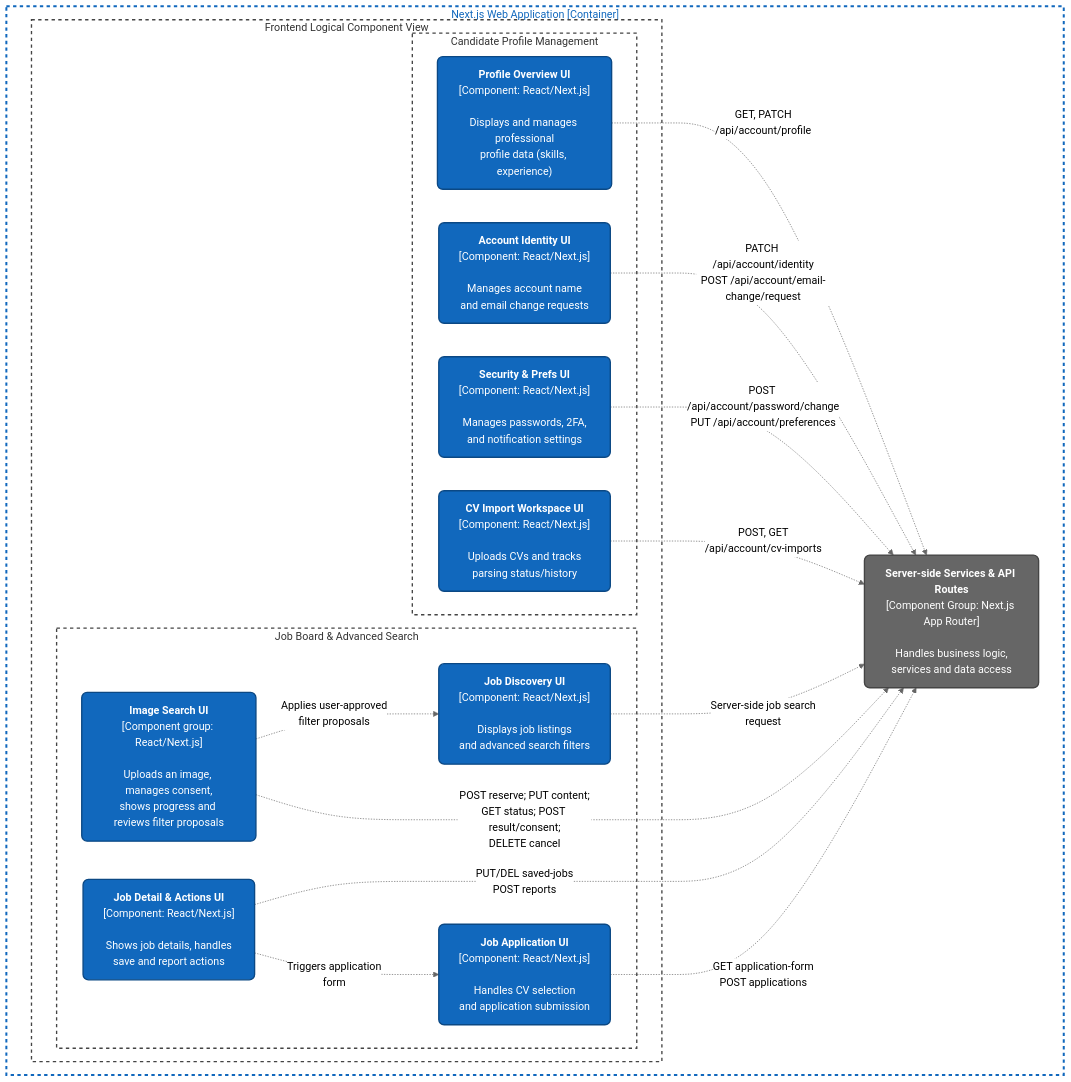
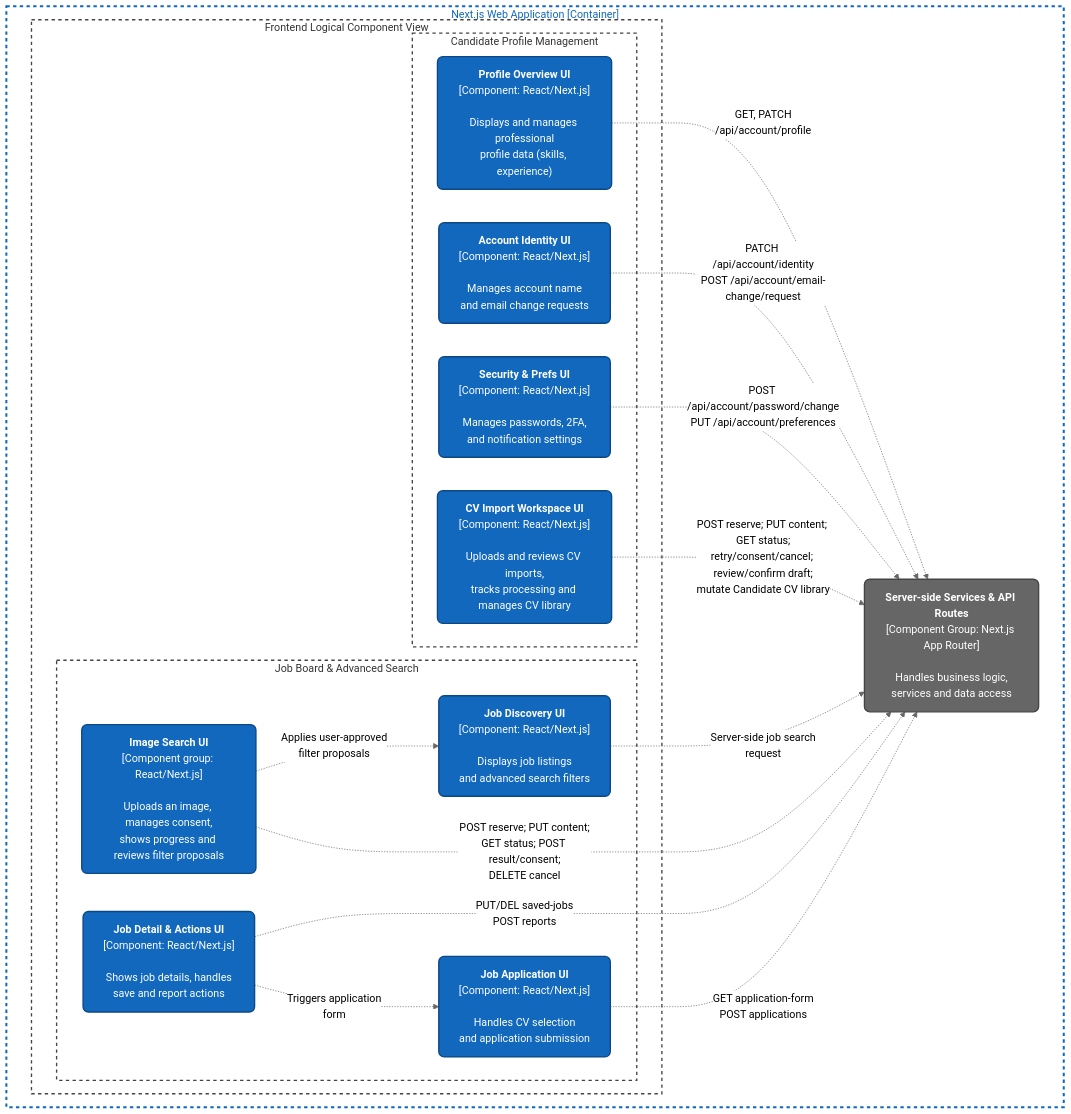
One commit to quocuy0112/Software-Engineering---Group-9 changed the diagram in docs/diagrams/container component diagrams/Frontend_Component.md. Above: the diagram before and after it, drawn with Mermaid (neutral theme). The commit also changed other lines of this file and 3 other files, not shown here.

Commit message:
docs: align C4 diagrams with current implementation

````diff
--- a/docs/diagrams/container component diagrams/Frontend_Component.md
+++ b/docs/diagrams/container component diagrams/Frontend_Component.md
@@ -9,52 +9,52 @@
 ```mermaid
 flowchart TD
     %% Styling
     classDef component fill:#1168bd,stroke:#0b4884,stroke-width:2px,color:#fff,rx:8px,ry:8px
     classDef backend fill:#666666,stroke:#444444,stroke-width:2px,color:#fff,rx:8px,ry:8px
     classDef boundary fill:none,stroke:#444,stroke-width:2px,stroke-dasharray: 5 5,color:#333
     classDef containerBoundary fill:none,stroke:#1168bd,stroke-width:3px,stroke-dasharray: 5 5,color:#1168bd
 
     %% Next.js Web Application Container Boundary
     subgraph Container_Frontend ["Next.js Web Application [Container]"]
         subgraph Frontend_View ["Frontend Logical Component View"]
             %% Candidate Profile Management Boundary
             subgraph Boundary_Profile ["Candidate Profile Management"]
                 C_Profile["<b>Profile Overview UI</b><br/>[Component: React/Next.js]<br/><br/>Displays and manages professional<br/>profile data (skills, experience)"]:::component
                 C_Account["<b>Account Identity UI</b><br/>[Component: React/Next.js]<br/><br/>Manages account name<br/>and email change requests"]:::component
                 C_Security["<b>Security & Prefs UI</b><br/>[Component: React/Next.js]<br/><br/>Manages passwords, 2FA,<br/>and notification settings"]:::component
-                C_CV["<b>CV Import Workspace UI</b><br/>[Component: React/Next.js]<br/><br/>Uploads CVs and tracks<br/>parsing status/history"]:::component
+                C_CV["<b>CV Import Workspace UI</b><br/>[Component: React/Next.js]<br/><br/>Uploads and reviews CV imports,<br/>tracks processing and manages CV library"]:::component
             end
 
             %% Job Board & Advanced Search Boundary
             subgraph Boundary_Jobs ["Job Board & Advanced Search"]
                 C_Search["<b>Job Discovery UI</b><br/>[Component: React/Next.js]<br/><br/>Displays job listings<br/>and advanced search filters"]:::component
                 C_ImageSearch["<b>Image Search UI</b><br/>[Component group: React/Next.js]<br/><br/>Uploads an image, manages consent,<br/>shows progress and reviews filter proposals"]:::component
                 C_Detail["<b>Job Detail & Actions UI</b><br/>[Component: React/Next.js]<br/><br/>Shows job details, handles<br/>save and report actions"]:::component
                 C_Apply["<b>Job Application UI</b><br/>[Component: React/Next.js]<br/><br/>Handles CV selection<br/>and application submission"]:::component
             end
         end
 
         %% Backend Services & API (Inside the Next.js Container)
         API["<b>Server-side Services & API Routes</b><br/>[Component Group: Next.js App Router]<br/><br/>Handles business logic,<br/>services and data access"]:::backend
 
     end
 
     %% Relationships - Profile
     C_Profile -. "GET, PATCH<br/>/api/account/profile" .-> API
     C_Account -. "PATCH /api/account/identity<br/>POST /api/account/email-change/request" .-> API
     C_Security -. "POST /api/account/password/change<br/>PUT /api/account/preferences" .-> API
-    C_CV -. "POST, GET<br/>/api/account/cv-imports" .-> API
+    C_CV -. "POST reserve; PUT content; GET status;<br/>retry/consent/cancel; review/confirm draft;<br/>mutate Candidate CV library" .-> API
 
     %% Relationships - Jobs
     C_Search -. "Server-side job search<br/>request" .-> API
     C_ImageSearch -. "POST reserve; PUT content;<br/>GET status; POST result/consent;<br/>DELETE cancel" .-> API
     C_ImageSearch -. "Applies user-approved<br/>filter proposals" .-> C_Search
     C_Detail -. "PUT/DEL saved-jobs<br/>POST reports" .-> API
     C_Apply -. "GET application-form<br/>POST applications" .-> API
 
     C_Detail -. "Triggers application<br/>form" .-> C_Apply
 
     %% Layout constraints
     class Boundary_Profile,Boundary_Jobs,Frontend_View boundary
     class Container_Frontend containerBoundary
 ```
````
